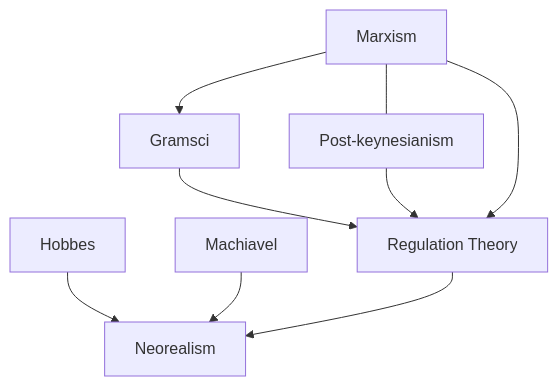
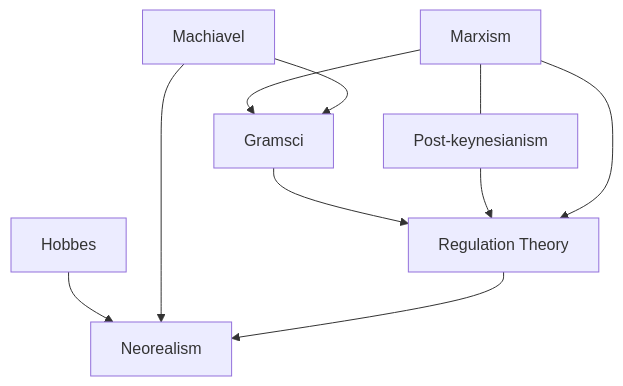
The first of 4 diagrams in workshopSummerSchool.qmd (Jeylal/master-thesis), drawn with Mermaid before and after one commit. The commit also changed other lines of this file and 3 other files, not shown here.

````diff
--- a/workshopSummerSchool.qmd
+++ b/workshopSummerSchool.qmd
@@ -72,20 +76,21 @@
 ```{mermaid}
 flowchart TB
     Hobbes
     Machiavel
     Marxism
     Post-keynesianism
 
     Neorealism
     Marxism --- Post-keynesianism
     Hobbes --> Neorealism
     Machiavel --> Neorealism
     reg["Regulation Theory"]
 
     Marxism --> Gramsci
     Gramsci --> reg
     reg --> Neorealism
     Post-keynesianism --> reg
     Marxism --> reg
+    Machiavel --> Gramsci
 
 ```
````
